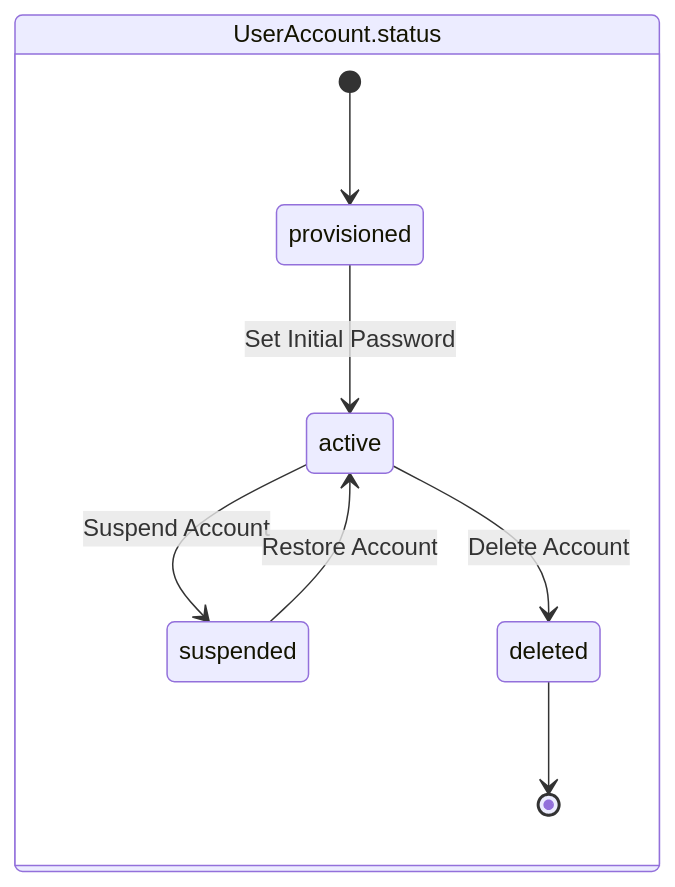
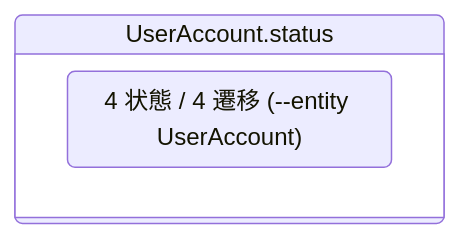
The diagram in samples/personal-info/out/state.mmd (manji-0/rdra-ish-dsl), drawn with Mermaid before and after one commit. The commit also changed 33 other files, not shown here.

First line of the commit message:
feat(cli): draw state models per entity, index the whole model, colour findings

```diff
--- a/samples/personal-info/out/state.mmd
+++ b/samples/personal-info/out/state.mmd
@@ -1,20 +1,7 @@
 %% rdra-ish diagram=state scope=whole model=samples/personal-info
-%% kinds: statemodel state usecase
+%% kinds: statemodel state
 %% omitted: (none)
 stateDiagram-v2
   state "UserAccount.status" as statemodel__UserAccount_status {
-    [*] --> state__UserAccount_provisioned
-    state "provisioned" as state__UserAccount_provisioned
-    state "active" as state__UserAccount_active
-    state "suspended" as state__UserAccount_suspended
-    state "deleted" as state__UserAccount_deleted
-    %% transition usecase__SetInitialPassword
-    state__UserAccount_provisioned --> state__UserAccount_active : Set Initial Password
-    %% transition usecase__SuspendAccount
-    state__UserAccount_active --> state__UserAccount_suspended : Suspend Account
-    %% transition usecase__DeleteAccount
-    state__UserAccount_active --> state__UserAccount_deleted : Delete Account
-    %% transition usecase__RestoreAccount
-    state__UserAccount_suspended --> state__UserAccount_active : Restore Account
-    state__UserAccount_deleted --> [*]
+    state "4 状態 / 4 遷移 (--entity UserAccount)" as index__UserAccount_status
   }
```
